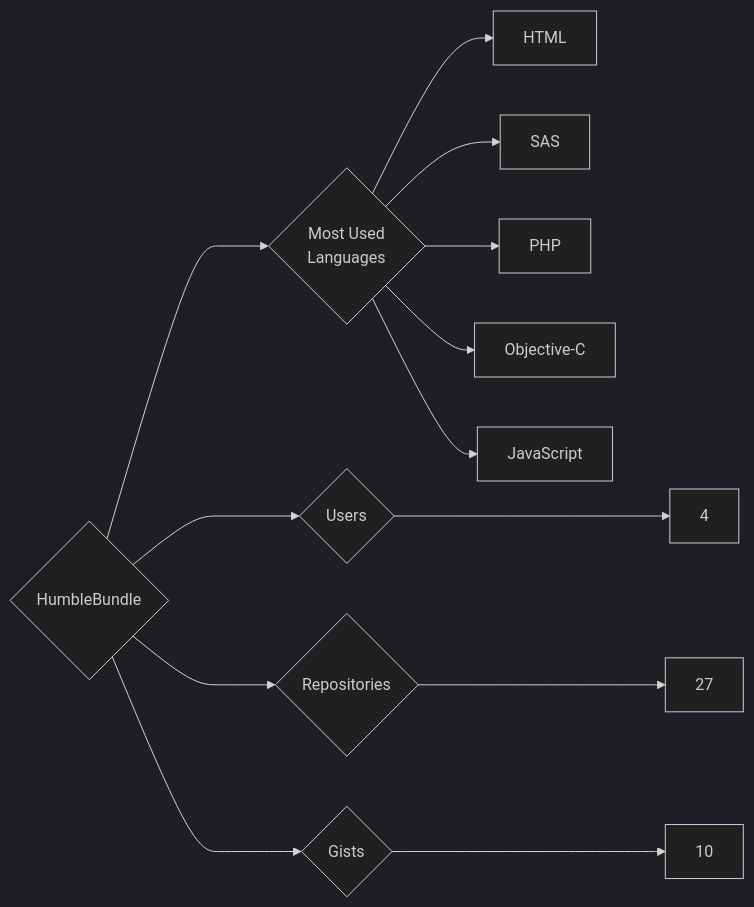
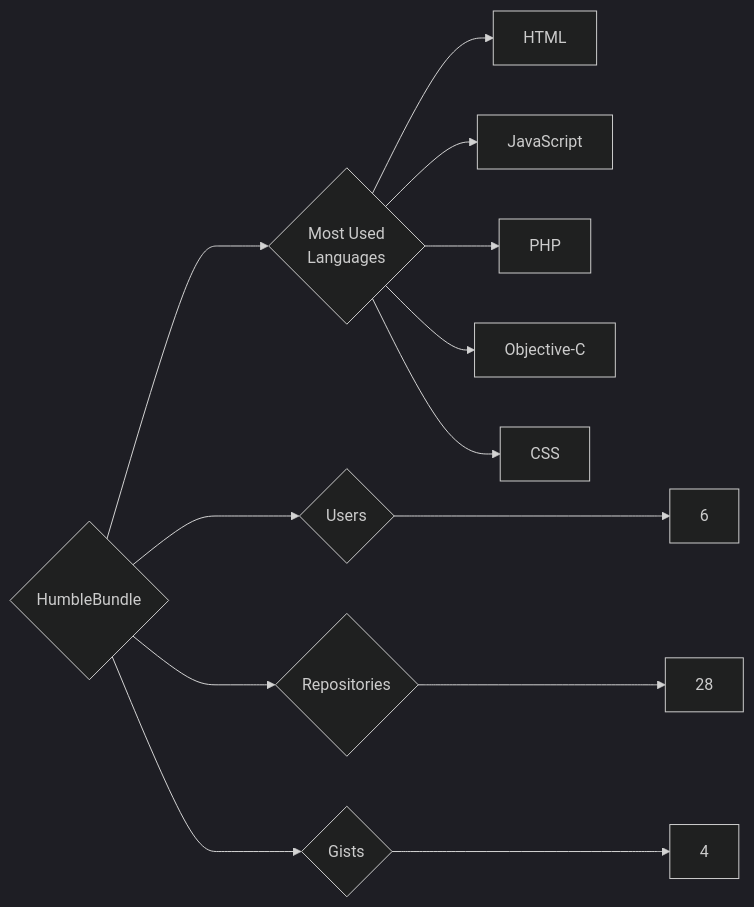
Before and after one commit to trickest/insiders: the diagram in targets/HumbleBundle/README.md, drawn with Mermaid (dark theme). The commit also changed 993 other files, not shown here.

````diff
--- a/targets/HumbleBundle/README.md
+++ b/targets/HumbleBundle/README.md
@@ -3,13 +3,13 @@
 ```mermaid
 graph LR
 COMPANY_NAME{HumbleBundle}
-COMPANY_NAME ---> U{Users} ---> UN[4]
-COMPANY_NAME ---> R{Repositories} ---> RN[27]
-COMPANY_NAME ---> G{Gists} ---> GN[10]
+COMPANY_NAME ---> U{Users} ---> UN[6]
+COMPANY_NAME ---> R{Repositories} ---> RN[28]
+COMPANY_NAME ---> G{Gists} ---> GN[4]
 COMPANY_NAME ---> ML{Most Used<br>Languages}
 ML --> HTML[HTML]
-ML --> SAS[SAS]
+ML --> JavaScript[JavaScript]
 ML --> PHP[PHP]
 ML --> Objective-C[Objective-C]
-ML --> JavaScript[JavaScript]
+ML --> CSS[CSS]
 ```
````
